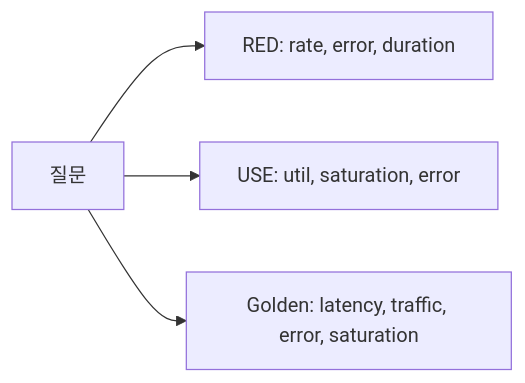
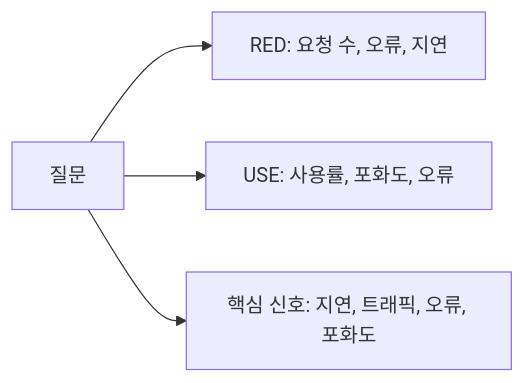
One commit to yeongseon-books/book-content changed the diagram in content/observability-101/ko/06-dashboard-design.md. Above: the diagram before and after it, drawn with Mermaid. The commit also changed other lines of this file and 9 other files, not shown here.

````diff
--- a/content/observability-101/ko/06-dashboard-design.md
+++ b/content/observability-101/ko/06-dashboard-design.md
@@ -35,6 +49,6 @@
 ```mermaid
 flowchart LR
-    Q["질문"] --> RED["RED: rate, error, duration"]
-    Q --> USE["USE: util, saturation, error"]
-    Q --> Golden["Golden: latency, traffic, error, saturation"]
+    Q["질문"] --> RED["RED: 요청 수, 오류, 지연"]
+    Q --> USE["USE: 사용률, 포화도, 오류"]
+    Q --> Golden["핵심 신호: 지연, 트래픽, 오류, 포화도"]
 ```
````
